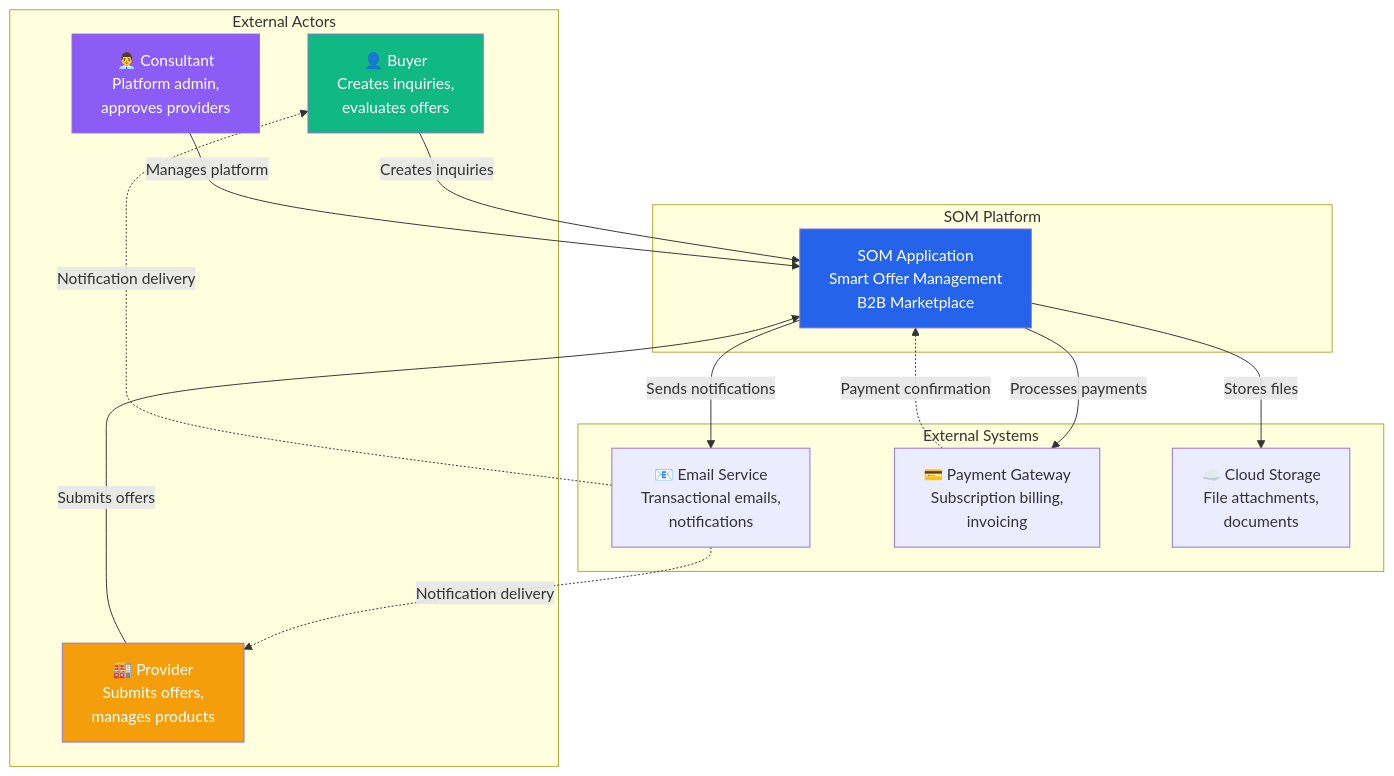
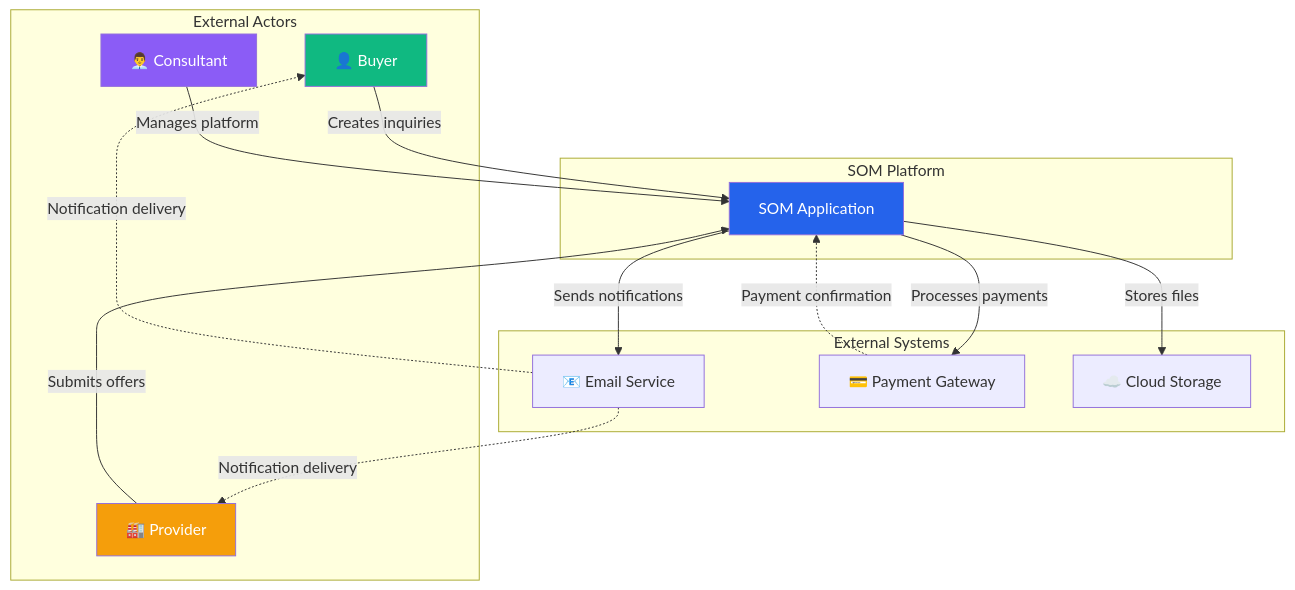
One commit to ednet-org/som-app changed the first of 11 diagrams in docs/ARCHITECTURE.md. Above: the diagram before and after it, drawn with Mermaid. The commit also changed other lines of this file and 1 other file, not shown here.

First line of the commit message:
fix(docs): Simplify Mermaid diagram labels for GitHub compatibility.

````diff
--- a/docs/ARCHITECTURE.md
+++ b/docs/ARCHITECTURE.md
@@ -44,35 +44,35 @@
 ```mermaid
 graph TB
     subgraph External Actors
-        Buyer[👤 Buyer<br/>Creates inquiries,<br/>evaluates offers]
-        Provider[🏭 Provider<br/>Submits offers,<br/>manages products]
-        Consultant[👨‍💼 Consultant<br/>Platform admin,<br/>approves providers]
+        Buyer[👤 Buyer]
+        Provider[🏭 Provider]
+        Consultant[👨‍💼 Consultant]
     end
 
     subgraph SOM Platform
-        SOM[SOM Application<br/>Smart Offer Management<br/>B2B Marketplace]
+        SOM[SOM Application]
     end
 
     subgraph External Systems
-        Email[📧 Email Service<br/>Transactional emails,<br/>notifications]
-        Payment[💳 Payment Gateway<br/>Subscription billing,<br/>invoicing]
-        Storage[☁️ Cloud Storage<br/>File attachments,<br/>documents]
+        Email[📧 Email Service]
+        Payment[💳 Payment Gateway]
+        Storage[☁️ Cloud Storage]
     end
 
     Buyer -->|Creates inquiries| SOM
     Provider -->|Submits offers| SOM
     Consultant -->|Manages platform| SOM
 
     SOM -->|Sends notifications| Email
     SOM -->|Processes payments| Payment
     SOM -->|Stores files| Storage
 
     Email -.->|Notification delivery| Buyer
     Email -.->|Notification delivery| Provider
     Payment -.->|Payment confirmation| SOM
 
     style SOM fill:#2563eb,color:#fff
     style Buyer fill:#10b981,color:#fff
     style Provider fill:#f59e0b,color:#fff
     style Consultant fill:#8b5cf6,color:#fff
 ```
````
